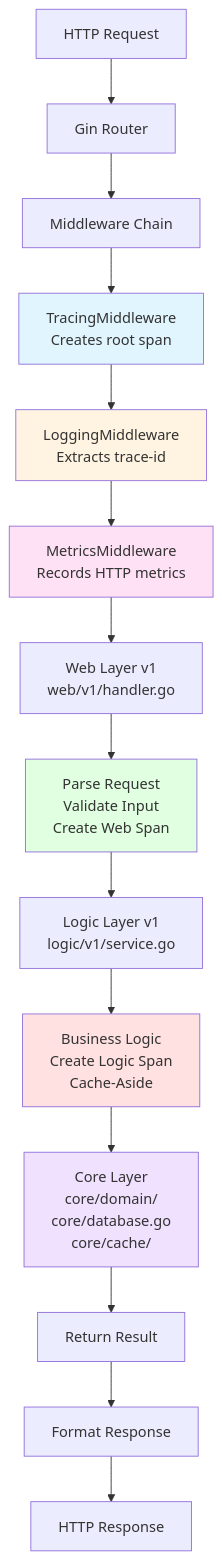
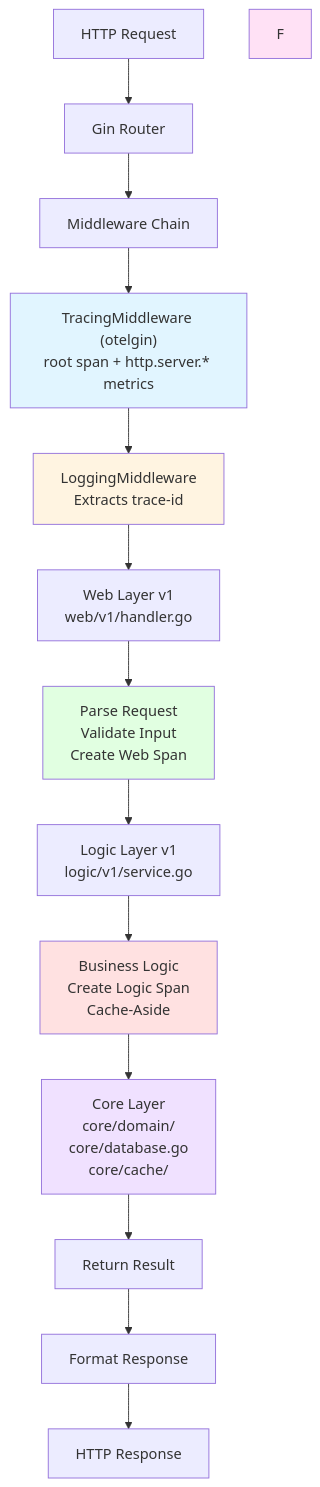
The second of 5 diagrams in docs/observability/README.md (duynhlab/homelab), drawn with Mermaid before and after one commit. The commit also changed other lines of this file and 24 other files, not shown here.

````diff
--- a/docs/observability/README.md
+++ b/docs/observability/README.md
@@ -74,26 +74,25 @@
 ```mermaid
 graph TD
     A[HTTP Request] --> B[Gin Router]
     B --> C[Middleware Chain]
 
-    C --> D[TracingMiddleware<br/>Creates root span]
+    C --> D["TracingMiddleware (otelgin)<br/>root span + http.server.* metrics"]
     D --> E[LoggingMiddleware<br/>Extracts trace-id]
-    E --> F[MetricsMiddleware<br/>Records HTTP metrics]
 
-    F --> H[Web Layer v1<br/>web/v1/handler.go]
+    E --> H[Web Layer v1<br/>web/v1/handler.go]
     H --> J[Parse Request<br/>Validate Input<br/>Create Web Span]
     J --> L[Logic Layer v1<br/>logic/v1/service.go]
     L --> N[Business Logic<br/>Create Logic Span<br/>Cache-Aside]
     N --> O[Core Layer<br/>core/domain/<br/>core/database.go<br/>core/cache/]
 
     O --> P[Return Result]
     P --> Q[Format Response]
     Q --> R[HTTP Response]
 
     style D fill:#e1f5ff
     style E fill:#fff4e1
     style F fill:#ffe1f5
     style J fill:#e1ffe1
     style N fill:#ffe1e1
     style O fill:#f0e1ff
 ```
````
